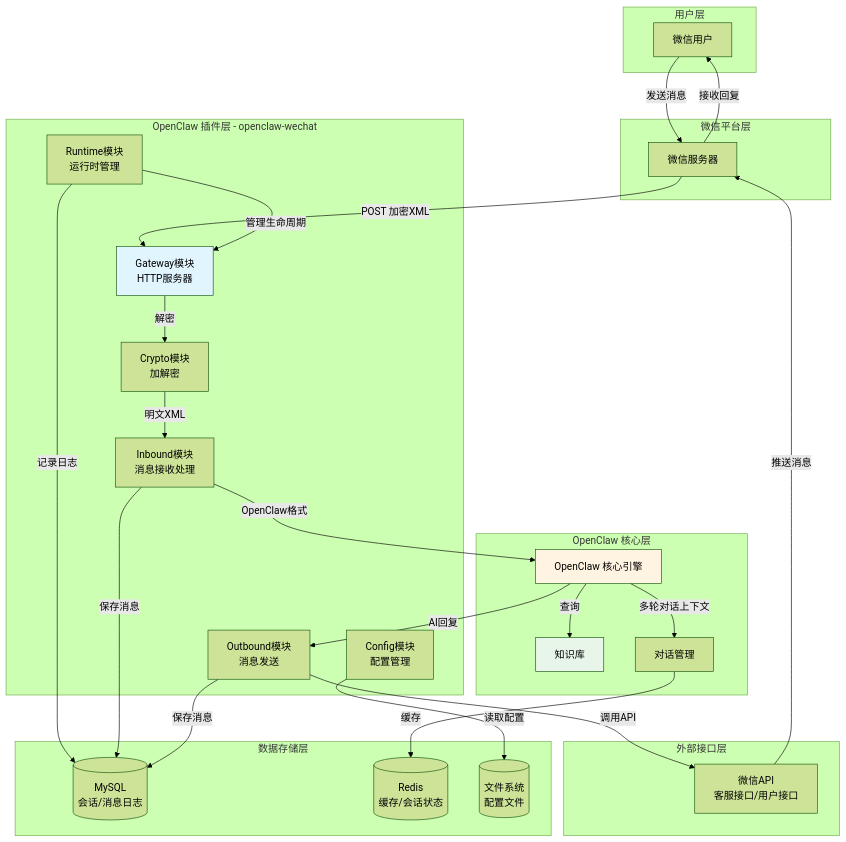
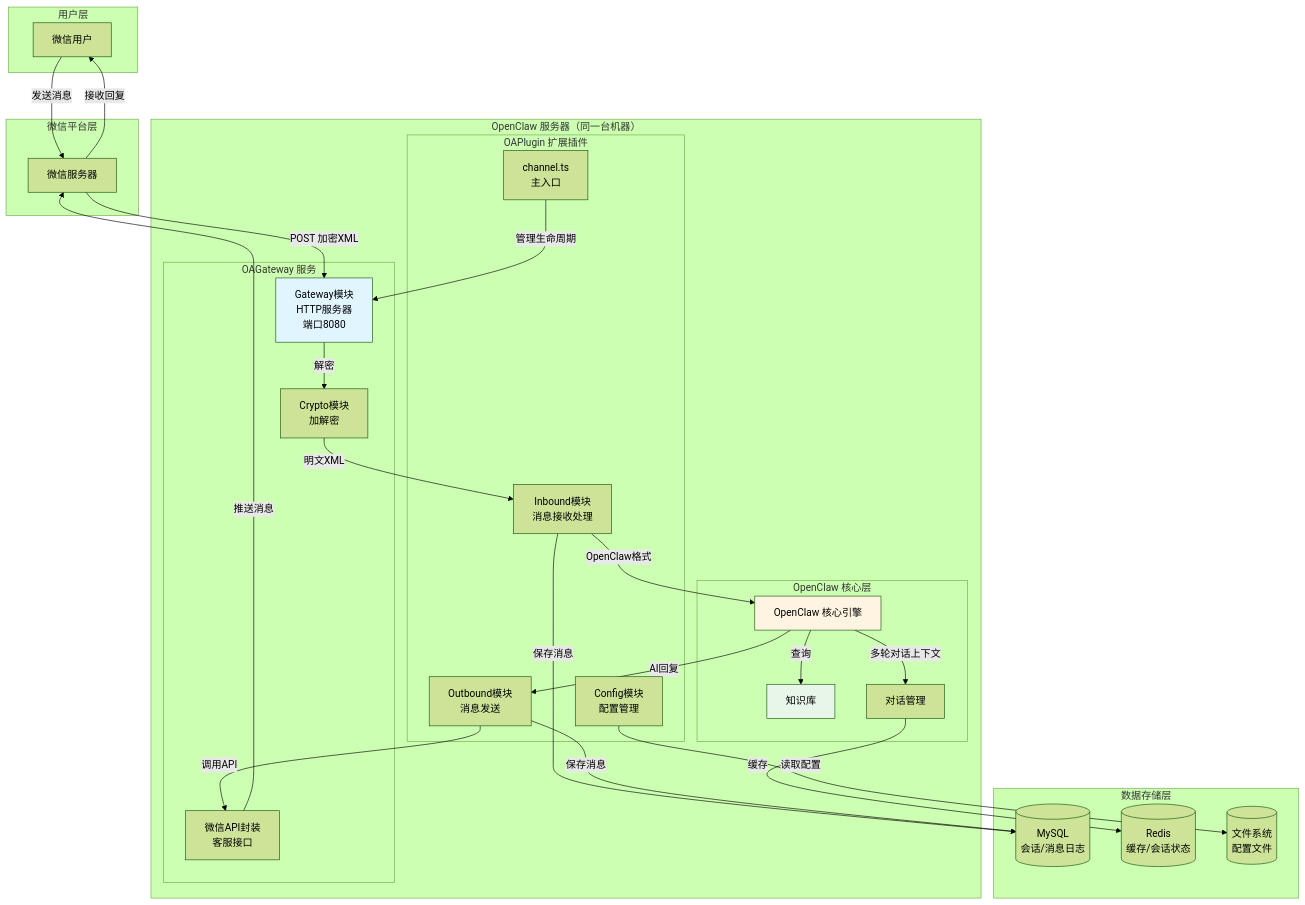
One commit to David-Jiangsiyuan/openclaw-wechat-official-account-plugin changed the first of 8 diagrams in OpenClaw_Architecture_Plugin.md. Above: the diagram before and after it, drawn with Mermaid (forest theme). The commit also changed other lines of this file and 4 other files, not shown here.

First line of the commit message:
v2.0: OAPlugin + OAGateway architecture update

````diff
--- a/OpenClaw_Architecture_Plugin.md
+++ b/OpenClaw_Architecture_Plugin.md
@@ -29,59 +29,60 @@
 ```mermaid
 graph TB
     subgraph "用户层"
         U[微信用户]
     end
     
     subgraph "微信平台层"
         WS[微信服务器]
     end
     
-    subgraph "OpenClaw 插件层 - openclaw-wechat"
-        GW[Gateway模块<br/>HTTP服务器]
-        CR[Crypto模块<br/>加解密]
-        IN[Inbound模块<br/>消息接收处理]
-        OUT[Outbound模块<br/>消息发送]
-        CFG[Config模块<br/>配置管理]
-        RT[Runtime模块<br/>运行时管理]
-    end
-    
-    subgraph "OpenClaw 核心层"
-        OC[OpenClaw 核心引擎]
-        KB[知识库]
-        DM[对话管理]
-    end
-    
-    subgraph "外部接口层"
-        WA[微信API<br/>客服接口/用户接口]
+    subgraph "OpenClaw 服务器（同一台机器）"
+        subgraph "OAGateway 服务"
+            GW[Gateway模块<br/>HTTP服务器<br/>端口8080]
+            CR[Crypto模块<br/>加解密]
+            WA[微信API封装<br/>客服接口]
+        end
+        
+        subgraph "OAPlugin 扩展插件"
+            CH[channel.ts<br/>主入口]
+            IN[Inbound模块<br/>消息接收处理]
+            OUT[Outbound模块<br/>消息发送]
+            CFG[Config模块<br/>配置管理]
+        end
+        
+        subgraph "OpenClaw 核心层"
+            OC[OpenClaw 核心引擎]
+            KB[知识库]
+            DM[对话管理]
+        end
     end
     
     subgraph "数据存储层"
         DB[(MySQL<br/>会话/消息日志)]
         REDIS[(Redis<br/>缓存/会话状态)]
         FILE[(文件系统<br/>配置文件)]
     end
     
     U -->|发送消息| WS
     WS -->|POST 加密XML| GW
     GW -->|解密| CR
     CR -->|明文XML| IN
     IN -->|OpenClaw格式| OC
     OC -->|查询| KB
     OC -->|AI回复| OUT
     OUT -->|调用API| WA
     WA -->|推送消息| WS
     WS -->|接收回复| U
     
     CFG -->|读取配置| FILE
-    RT -->|管理生命周期| GW
-    RT -->|记录日志| DB
+    CH -->|管理生命周期| GW
     IN -->|保存消息| DB
     OUT -->|保存消息| DB
     
     OC -->|多轮对话上下文| DM
     DM -->|缓存| REDIS
     
     style GW fill:#e1f5ff
     style OC fill:#fff4e1
     style KB fill:#e8f5e9
 ```
````
